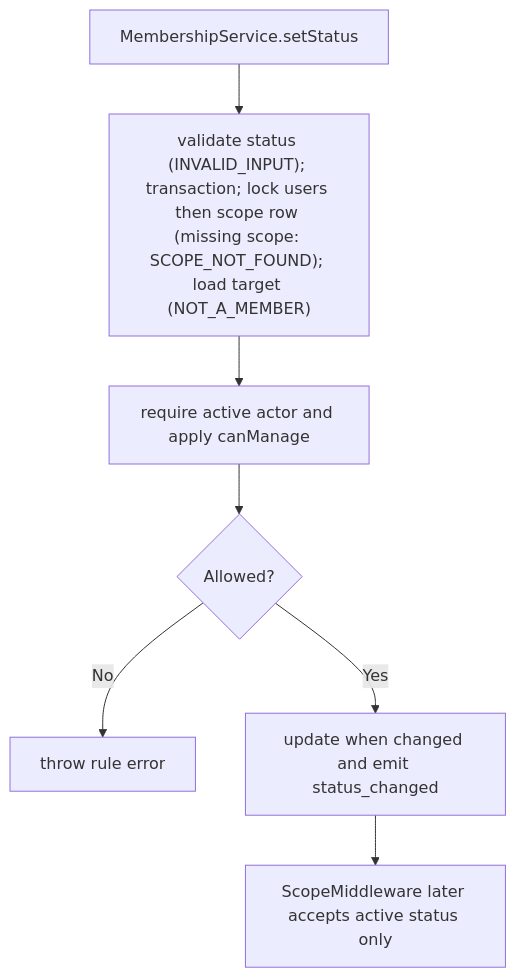
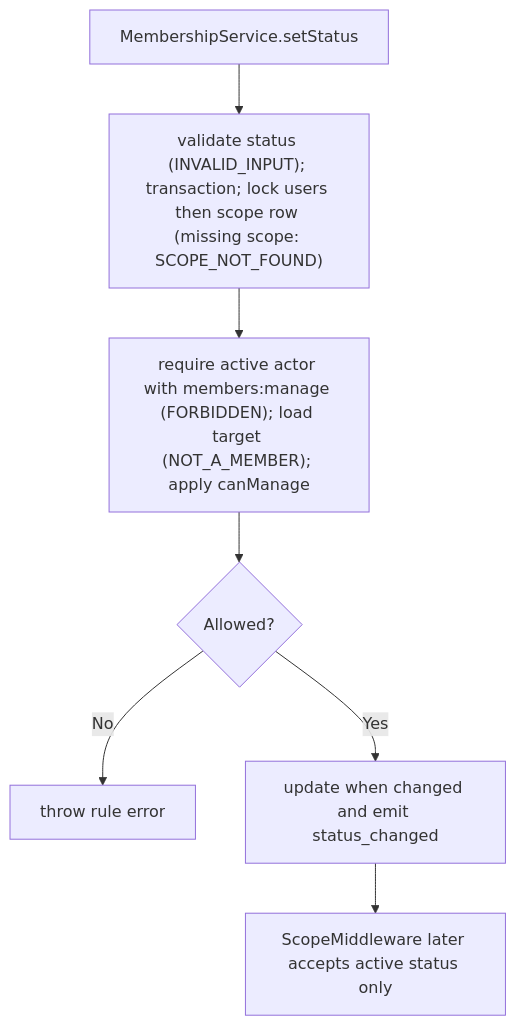
Before and after one commit to Kevinjohn/oss-adonisjs-access-control: the second of 2 diagrams in user-stories/US-ACCESS-05-change-member-status.md, drawn with Mermaid. The commit also changed other lines of this file and 4 other files, not shown here.

````diff
--- a/user-stories/US-ACCESS-05-change-member-status.md
+++ b/user-stories/US-ACCESS-05-change-member-status.md
@@ -42,9 +42,9 @@
 ```mermaid
 flowchart TD
-    A["MembershipService.setStatus"] --> B["validate status (INVALID_INPUT); transaction; lock users then scope row (missing scope: SCOPE_NOT_FOUND); load target (NOT_A_MEMBER)"]
-    B --> C["require active actor and apply canManage"]
+    A["MembershipService.setStatus"] --> B["validate status (INVALID_INPUT); transaction; lock users then scope row (missing scope: SCOPE_NOT_FOUND)"]
+    B --> C["require active actor with members:manage (FORBIDDEN); load target (NOT_A_MEMBER); apply canManage"]
     C --> D{"Allowed?"}
     D -->|No| E["throw rule error"]
     D -->|Yes| F["update when changed and emit status_changed"]
     F --> G["ScopeMiddleware later accepts active status only"]
 ```
````
